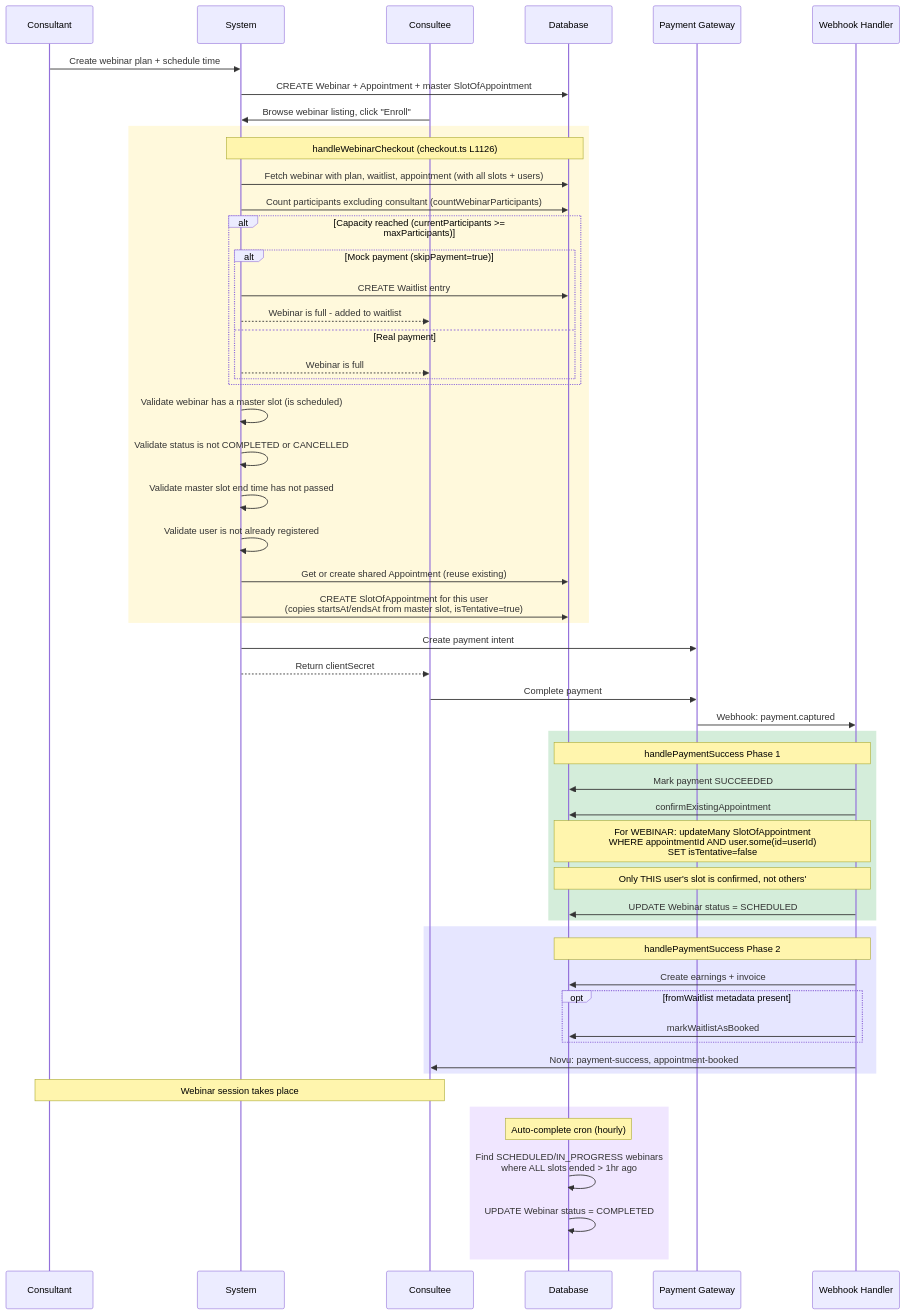
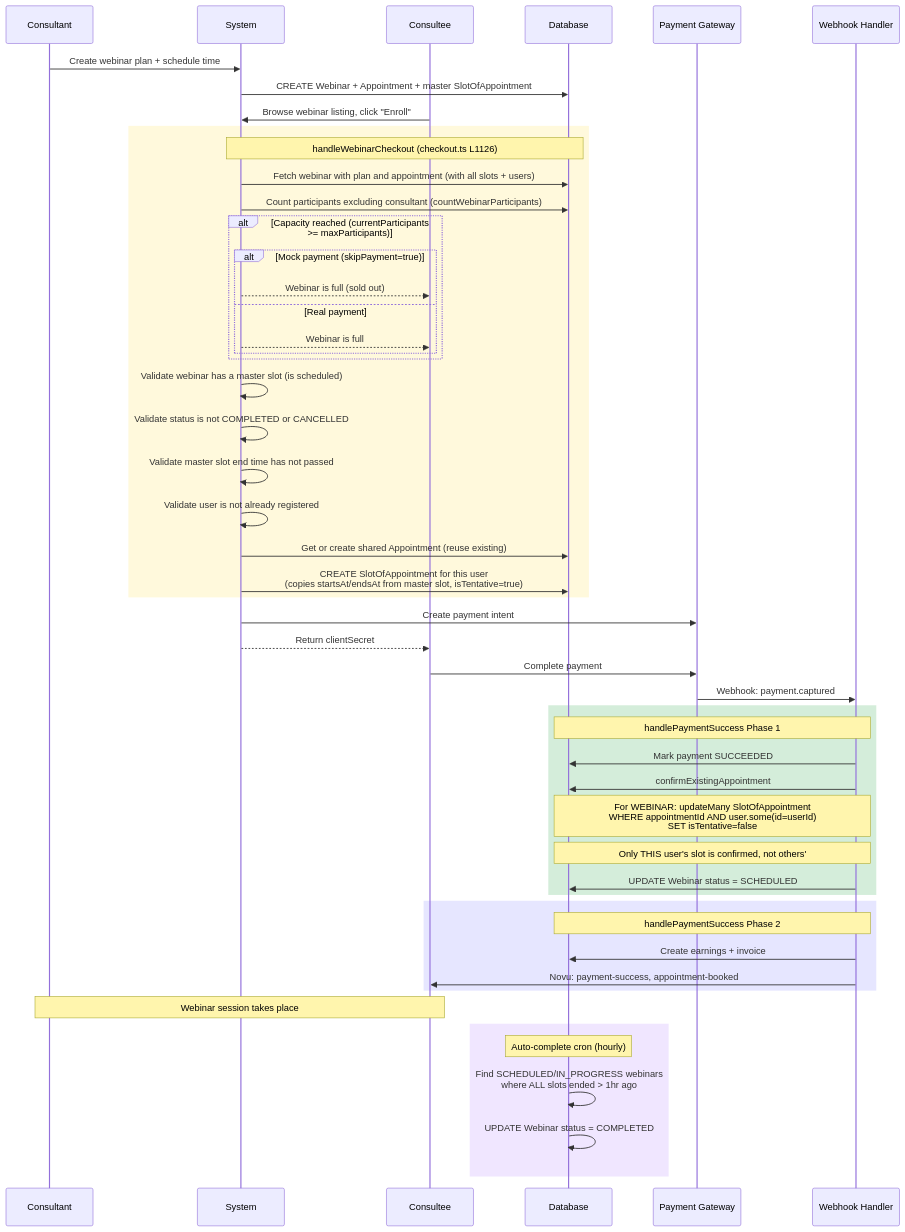
One commit to Practitionist/familiarise_web changed the sixth of 16 diagrams in docs/booking/06-booking-lifecycle.md. Above: the diagram before and after it, drawn with Mermaid. The commit also changed other lines of this file and 181 other files, not shown here.

````diff
--- a/docs/booking/06-booking-lifecycle.md
+++ b/docs/booking/06-booking-lifecycle.md
@@ -413,68 +410,64 @@
 ```mermaid
 sequenceDiagram
     participant CT as Consultant
     participant SYS as System
     participant CE as Consultee
     participant DB as Database
     participant GW as Payment Gateway
     participant WH as Webhook Handler
 
     CT->>SYS: Create webinar plan + schedule time
     SYS->>DB: CREATE Webinar + Appointment + master SlotOfAppointment
 
     CE->>SYS: Browse webinar listing, click "Enroll"
 
     rect rgb(255, 249, 220)
         Note over SYS,DB: handleWebinarCheckout (checkout.ts L1126)
-        SYS->>DB: Fetch webinar with plan, waitlist, appointment (with all slots + users)
+        SYS->>DB: Fetch webinar with plan and appointment (with all slots + users)
         SYS->>DB: Count participants excluding consultant (countWebinarParticipants)
 
         alt Capacity reached (currentParticipants >= maxParticipants)
             alt Mock payment (skipPayment=true)
-                SYS->>DB: CREATE Waitlist entry
-                SYS-->>CE: Webinar is full - added to waitlist
+                SYS-->>CE: Webinar is full (sold out)
             else Real payment
                 SYS-->>CE: Webinar is full
             end
         end
 
         SYS->>SYS: Validate webinar has a master slot (is scheduled)
         SYS->>SYS: Validate status is not COMPLETED or CANCELLED
         SYS->>SYS: Validate master slot end time has not passed
         SYS->>SYS: Validate user is not already registered
 
         SYS->>DB: Get or create shared Appointment (reuse existing)
         SYS->>DB: CREATE SlotOfAppointment for this user<br/>(copies startsAt/endsAt from master slot, isTentative=true)
     end
 
     SYS->>GW: Create payment intent
     SYS-->>CE: Return clientSecret
     CE->>GW: Complete payment
     GW->>WH: Webhook: payment.captured
 
     rect rgb(212, 237, 218)
         Note over WH,DB: handlePaymentSuccess Phase 1
         WH->>DB: Mark payment SUCCEEDED
         WH->>DB: confirmExistingAppointment
         Note over WH,DB: For WEBINAR: updateMany SlotOfAppointment<br/>WHERE appointmentId AND user.some(id=userId)<br/>SET isTentative=false
         Note over WH,DB: Only THIS user's slot is confirmed, not others'
         WH->>DB: UPDATE Webinar status = SCHEDULED
     end
 
     rect rgb(230, 230, 255)
         Note over WH,DB: handlePaymentSuccess Phase 2
         WH->>DB: Create earnings + invoice
-        opt fromWaitlist metadata present
-            WH->>DB: markWaitlistAsBooked
-        end
         WH->>CE: Novu: payment-success, appointment-booked
     end
 
     Note over CT,CE: Webinar session takes place
 
     rect rgb(240, 230, 255)
         Note over DB: Auto-complete cron (hourly)
         DB->>DB: Find SCHEDULED/IN_PROGRESS webinars<br/>where ALL slots ended > 1hr ago
         DB->>DB: UPDATE Webinar status = COMPLETED
     end
 ```
````
